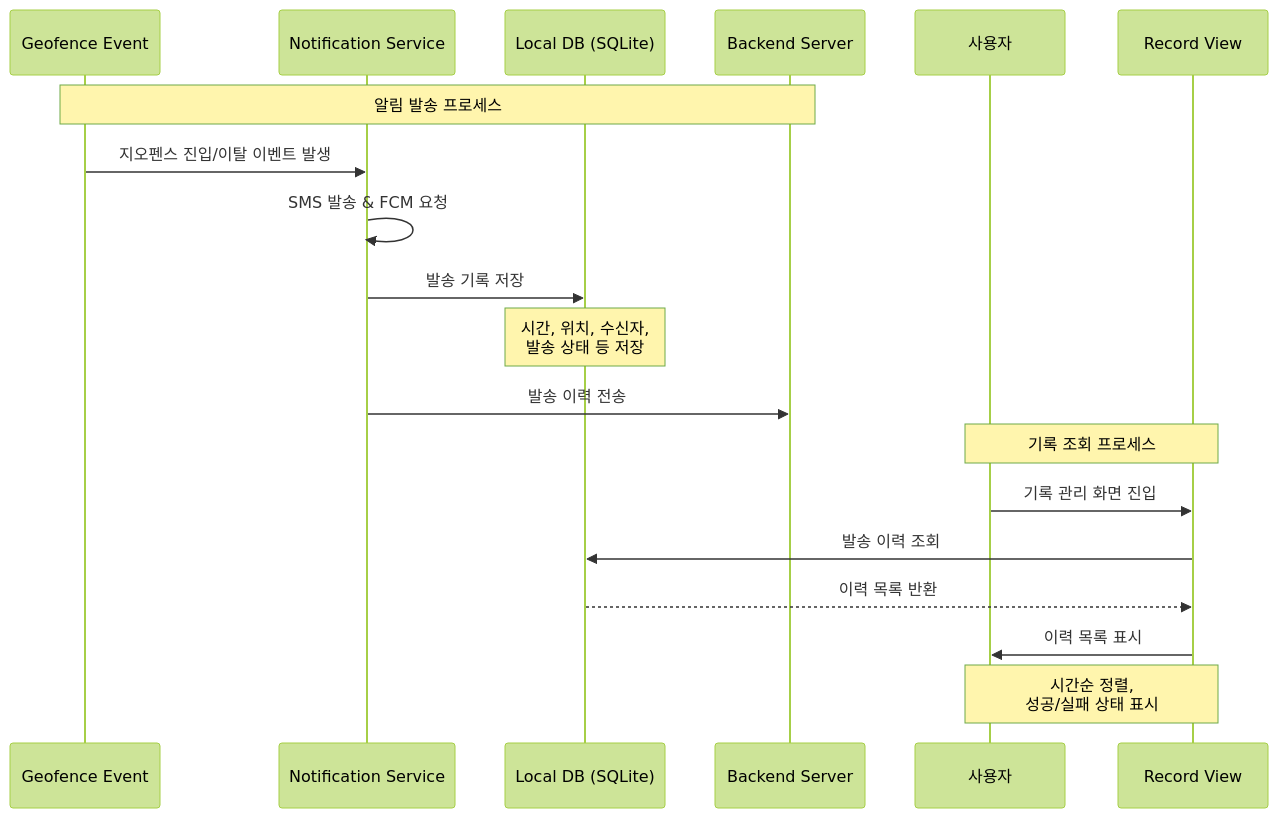
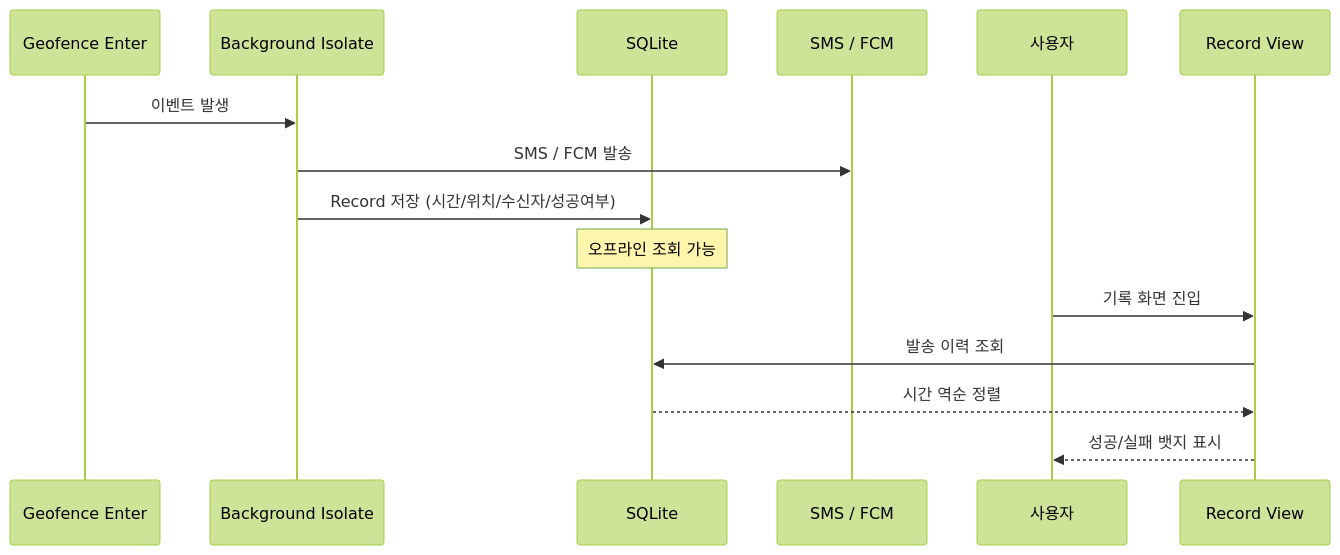
The fourth of 5 diagrams in README.md (kdongsu5509/imhere_mobile), drawn with Mermaid (forest theme) before and after one commit. The commit also changed other lines of this file and 16 other files, not shown here.

First line of the commit message:
feat: migrate geofence monitoring to OS native API

````diff
--- a/README.md
+++ b/README.md
@@ -189,23 +218,19 @@
 ```mermaid
 sequenceDiagram
-    participant Geo as Geofence Event
-    participant Service as Notification Service
-    participant DB as Local DB (SQLite)
-    participant Server as Backend Server
+    participant Geo as Geofence Enter
+    participant BG as Background Isolate
+    participant DB as SQLite
+    participant API as SMS / FCM
     participant User as 사용자
-    participant App as Record View
+    participant UI as Record View
 
-    Note over Geo,Server: 알림 발송 프로세스
-    Geo->>Service: 지오펜스 진입/이탈 이벤트 발생
-    Service->>Service: SMS 발송 & FCM 요청
-    Service->>DB: 발송 기록 저장
-    Note over DB: 시간, 위치, 수신자,<br/>발송 상태 등 저장
-    Service->>Server: 발송 이력 전송
-    
-    Note over User,App: 기록 조회 프로세스
-    User->>App: 기록 관리 화면 진입
-    App->>DB: 발송 이력 조회
-    DB-->>App: 이력 목록 반환
-    App->>User: 이력 목록 표시
-    Note over User,App: 시간순 정렬,<br/>성공/실패 상태 표시
+    Geo->>BG: 이벤트 발생
+    BG->>API: SMS / FCM 발송
+    BG->>DB: Record 저장 (시간/위치/수신자/성공여부)
+    Note over DB: 오프라인 조회 가능
+
+    User->>UI: 기록 화면 진입
+    UI->>DB: 발송 이력 조회
+    DB-->>UI: 시간 역순 정렬
+    UI-->>User: 성공/실패 뱃지 표시
 ```
````
